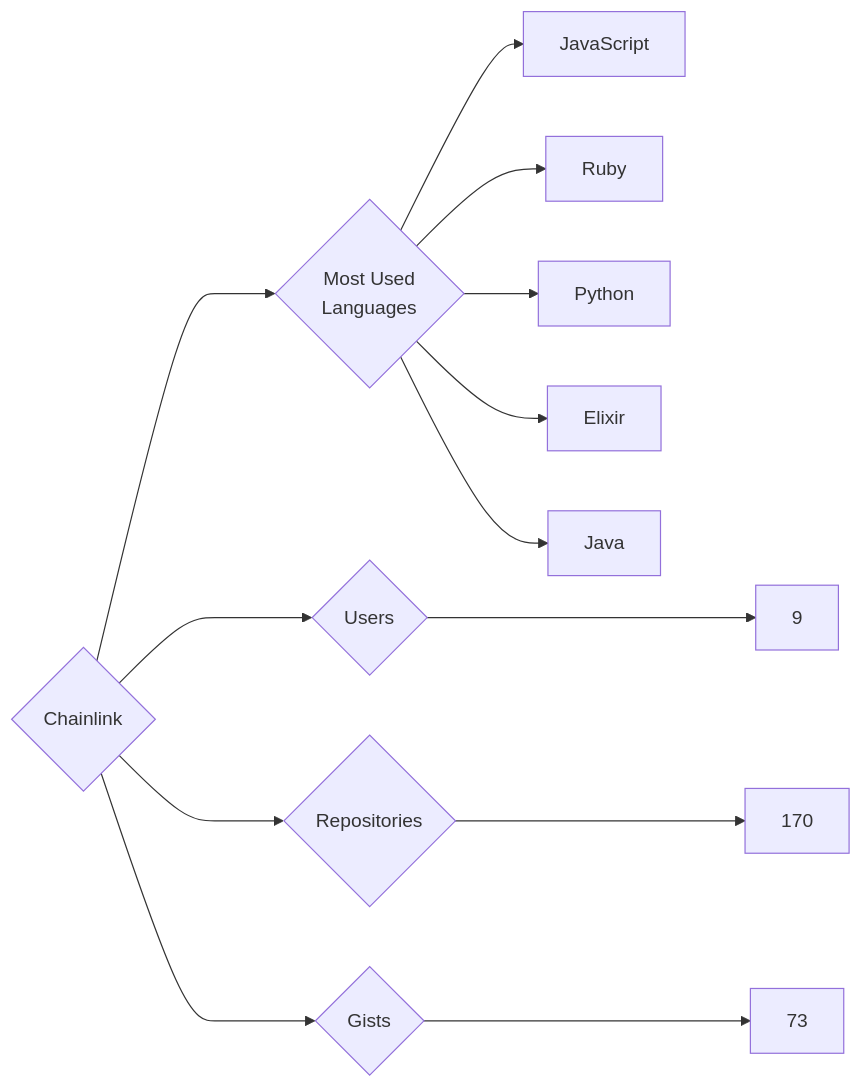
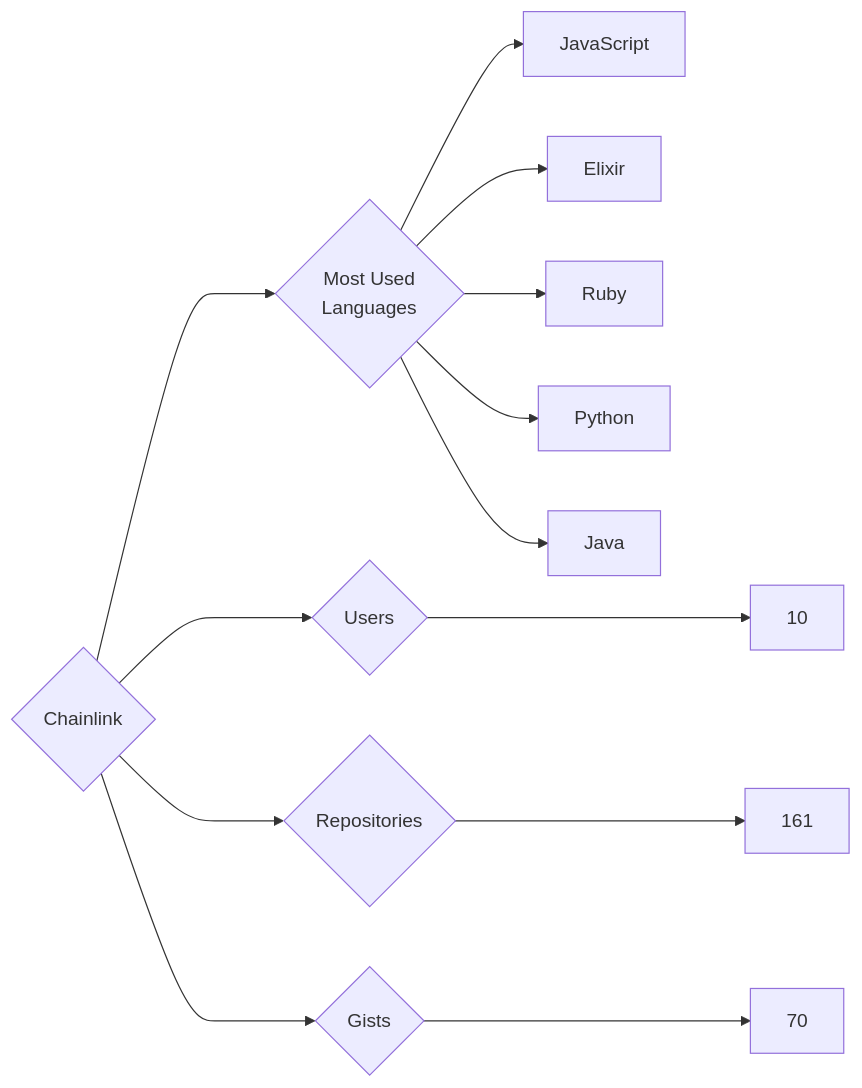
One commit to trickest/insiders changed the diagram in targets/Chainlink/README.md. Above: the diagram before and after it, drawn with Mermaid. The commit also changed 1212 other files, not shown here.

````diff
--- a/targets/Chainlink/README.md
+++ b/targets/Chainlink/README.md
@@ -3,13 +3,13 @@
 ```mermaid
 graph LR
 COMPANY_NAME{Chainlink}
-COMPANY_NAME ---> U{Users} ---> UN[9]
-COMPANY_NAME ---> R{Repositories} ---> RN[170]
-COMPANY_NAME ---> G{Gists} ---> GN[73]
+COMPANY_NAME ---> U{Users} ---> UN[10]
+COMPANY_NAME ---> R{Repositories} ---> RN[161]
+COMPANY_NAME ---> G{Gists} ---> GN[70]
 COMPANY_NAME ---> ML{Most Used<br>Languages}
 ML --> JavaScript[JavaScript]
+ML --> Elixir[Elixir]
 ML --> Ruby[Ruby]
 ML --> Python[Python]
-ML --> Elixir[Elixir]
 ML --> Java[Java]
 ```
````
